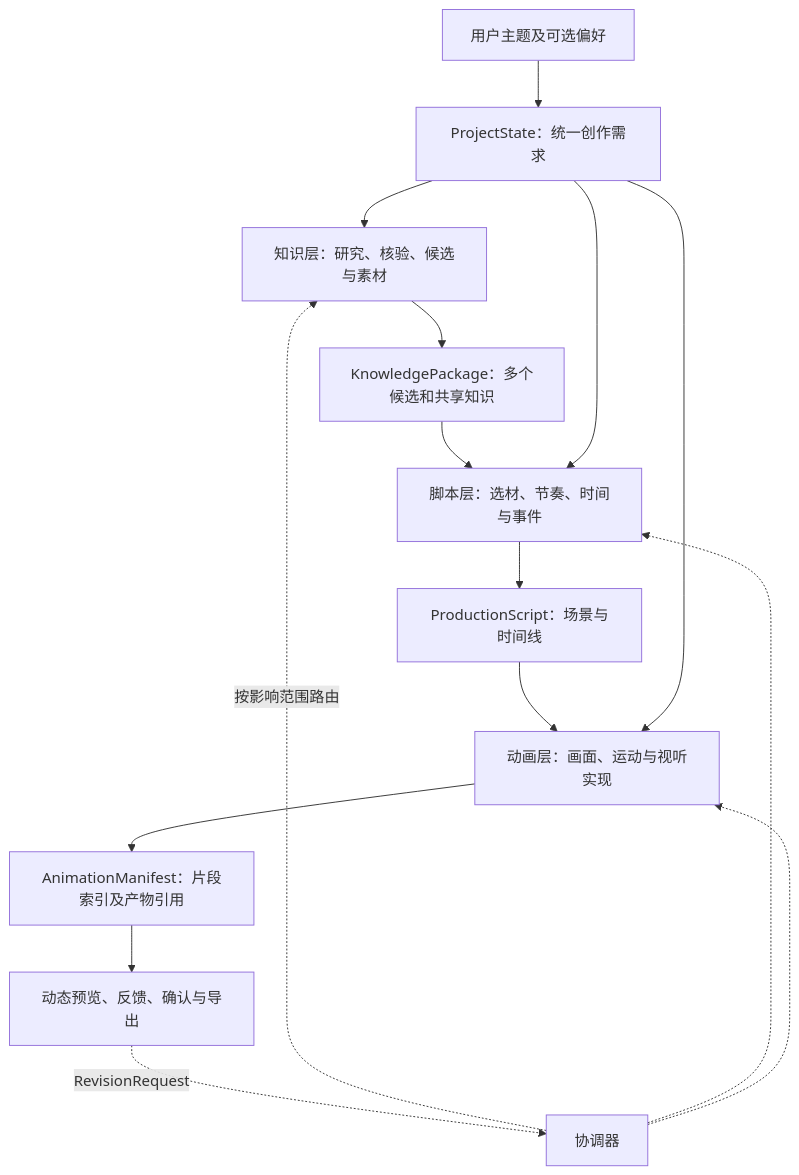
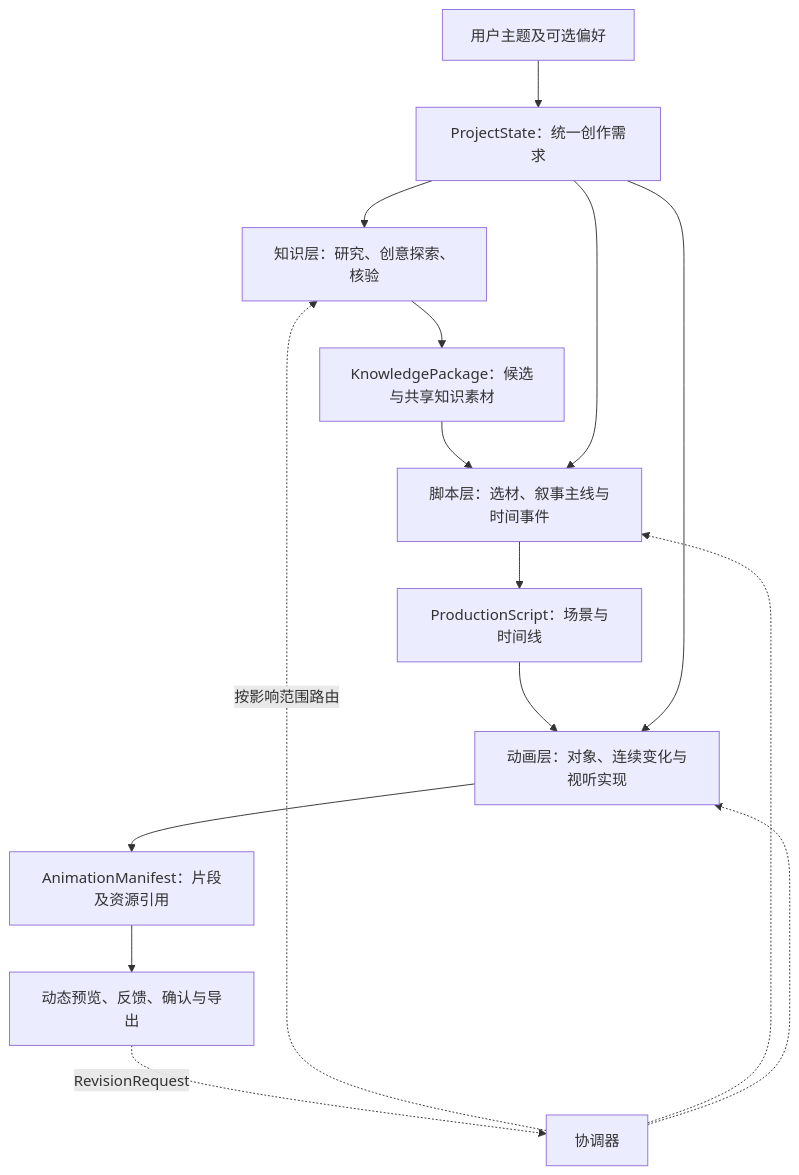
One commit to LIZZYGREAT/knowledge-show changed the diagram in docs/work/design/产品理念与工作流共识.md. Above: the diagram before and after it, drawn with Mermaid. The commit also changed other lines of this file and 3 other files, not shown here.

````diff
--- a/docs/work/design/产品理念与工作流共识.md
+++ b/docs/work/design/产品理念与工作流共识.md
@@ -63,17 +65,17 @@
 ```mermaid
 flowchart TB
     U[用户主题及可选偏好] --> P[ProjectState：统一创作需求]
-    P --> K[知识层：研究、核验、候选与素材]
-    K --> KP[KnowledgePackage：多个候选和共享知识]
-    KP --> S[脚本层：选材、节奏、时间与事件]
+    P --> K[知识层：研究、创意探索、核验]
+    K --> KP[KnowledgePackage：候选与共享知识素材]
+    KP --> S[脚本层：选材、叙事主线与时间事件]
     P --> S
     S --> PS[ProductionScript：场景与时间线]
-    PS --> A[动画层：画面、运动与视听实现]
+    PS --> A[动画层：对象、连续变化与视听实现]
     P --> A
-    A --> AM[AnimationManifest：片段索引及产物引用]
+    A --> AM[AnimationManifest：片段及资源引用]
     AM --> V[动态预览、反馈、确认与导出]
     V -.RevisionRequest.-> W[协调器]
     W -.按影响范围路由.-> K
     W -.-> S
     W -.-> A
 ```
````
